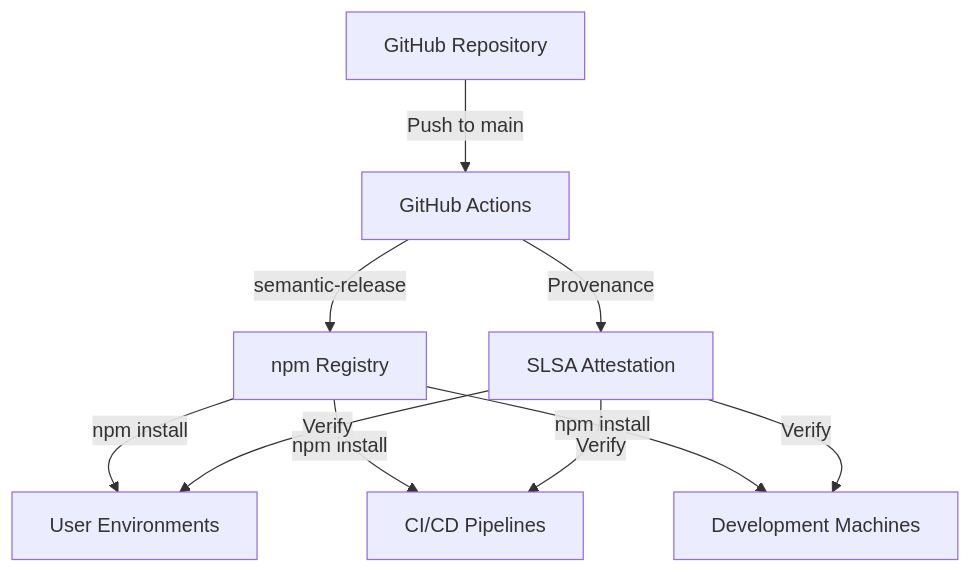
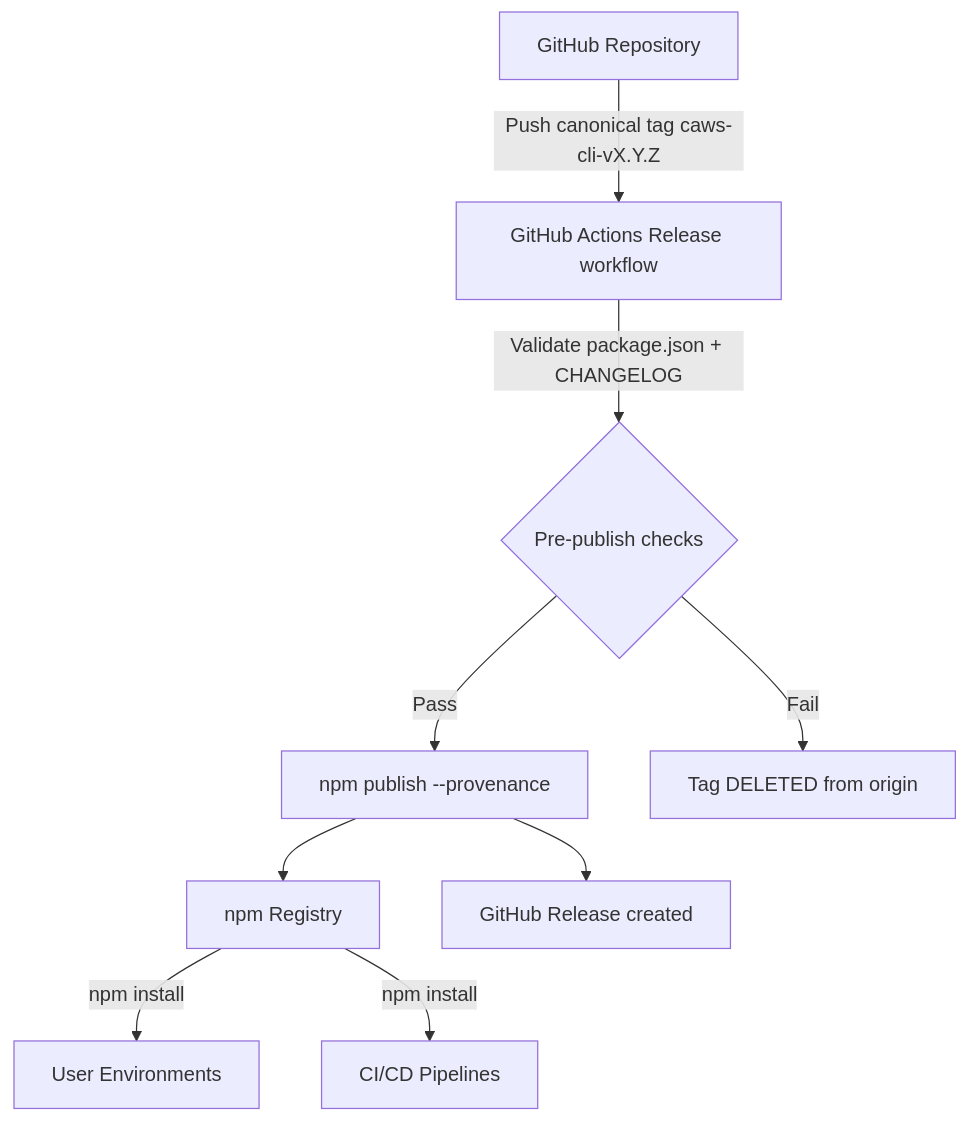
One commit to Paths-Design/coding-agent-working-standard changed the first of 2 diagrams in docs/DEPLOYMENT.md. Above: the diagram before and after it, drawn with Mermaid. The commit also changed other lines of this file and 6 other files, not shown here.

First line of the commit message:
docs(caws): rewrite release/ops docs to the tag-driven v11 pipeline

````diff
--- a/docs/DEPLOYMENT.md
+++ b/docs/DEPLOYMENT.md
@@ -31,13 +31,11 @@
 ```mermaid
 graph TB
-    A[GitHub Repository] -->|Push to main| B[GitHub Actions]
-    B -->|semantic-release| C[npm Registry]
-    C -->|npm install| D[User Environments]
-    C -->|npm install| E[CI/CD Pipelines]
-    C -->|npm install| F[Development Machines]
-
-    B -->|Provenance| G[SLSA Attestation]
-    G -->|Verify| D
-    G -->|Verify| E
-    G -->|Verify| F
+    A[GitHub Repository] -->|Push canonical tag caws-cli-vX.Y.Z| B[GitHub Actions Release workflow]
+    B -->|Validate package.json + CHANGELOG| C{Pre-publish checks}
+    C -->|Pass| D[npm publish --provenance]
+    C -->|Fail| E[Tag DELETED from origin]
+    D --> F[npm Registry]
+    F -->|npm install| G[User Environments]
+    F -->|npm install| H[CI/CD Pipelines]
+    D --> I[GitHub Release created]
 ```
````
